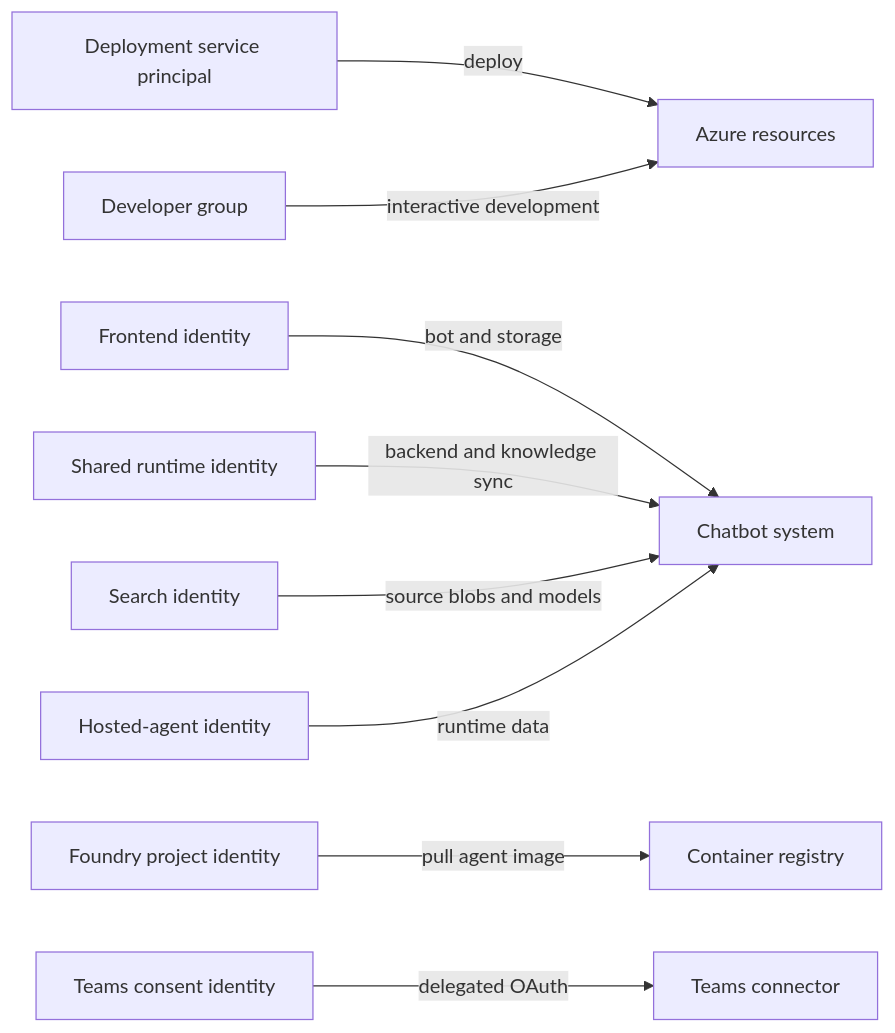
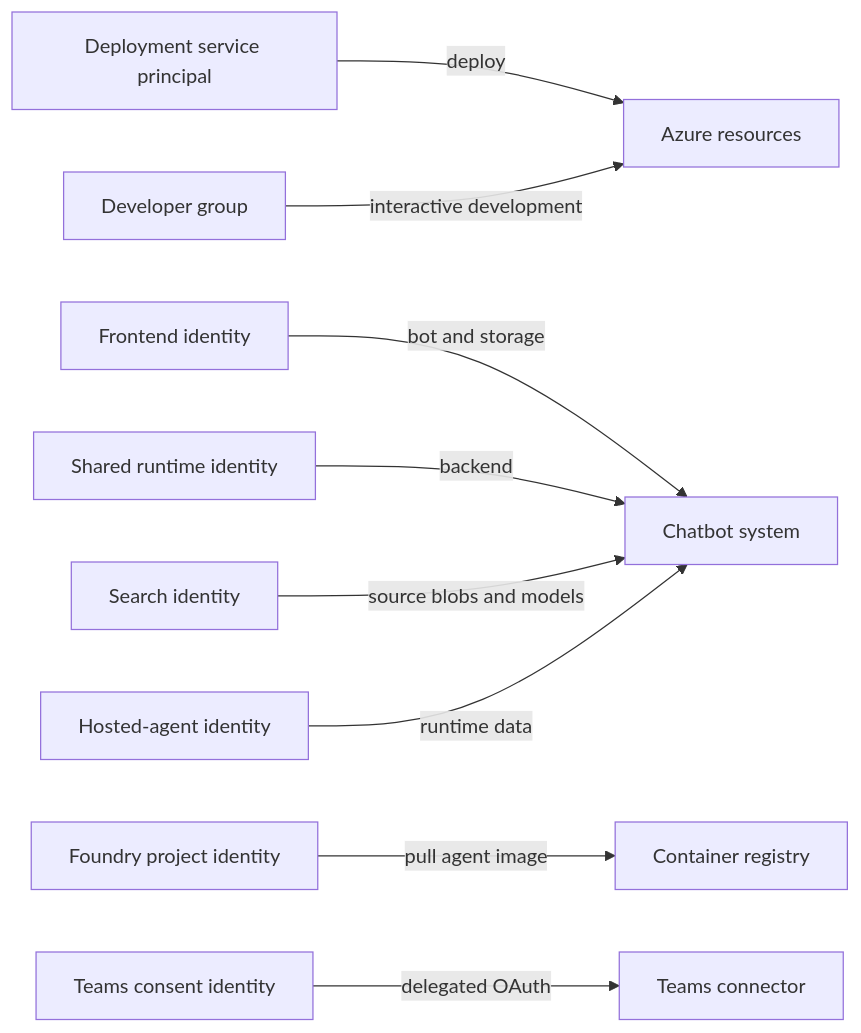
Before and after one commit to Azure/azure-sdk-tools: the diagram in tools/sdk-ai-bots/deployment/docs/identity-and-access.md, drawn with Mermaid. The commit also changed other lines of this file and 15 other files, not shown here.

First line of the commit message:
Remove duplicated knowledge-sync deployment wiring

````diff
--- a/tools/sdk-ai-bots/deployment/docs/identity-and-access.md
+++ b/tools/sdk-ai-bots/deployment/docs/identity-and-access.md
@@ -33,11 +33,11 @@
 ```mermaid
 flowchart LR
     PIPELINE[Deployment service principal] -->|deploy| AZURE[Azure resources]
     DEVELOPERS[Developer group] -->|interactive development| AZURE
     FRONTEND[Frontend identity] -->|bot and storage| CHATBOT[Chatbot system]
-    SHARED[Shared runtime identity] -->|backend and knowledge sync| CHATBOT
+    SHARED[Shared runtime identity] -->|backend| CHATBOT
     SEARCH[Search identity] -->|source blobs and models| CHATBOT
     PROJECT[Foundry project identity] -->|pull agent image| ACR[Container registry]
     AGENT[Hosted-agent identity] -->|runtime data| CHATBOT
     USER[Teams consent identity] -->|delegated OAuth| TEAMS[Teams connector]
 ```
````
